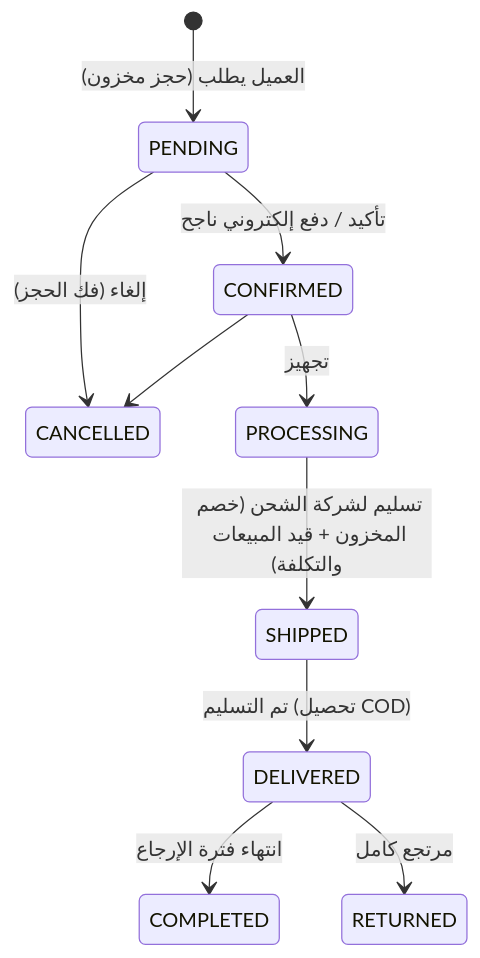
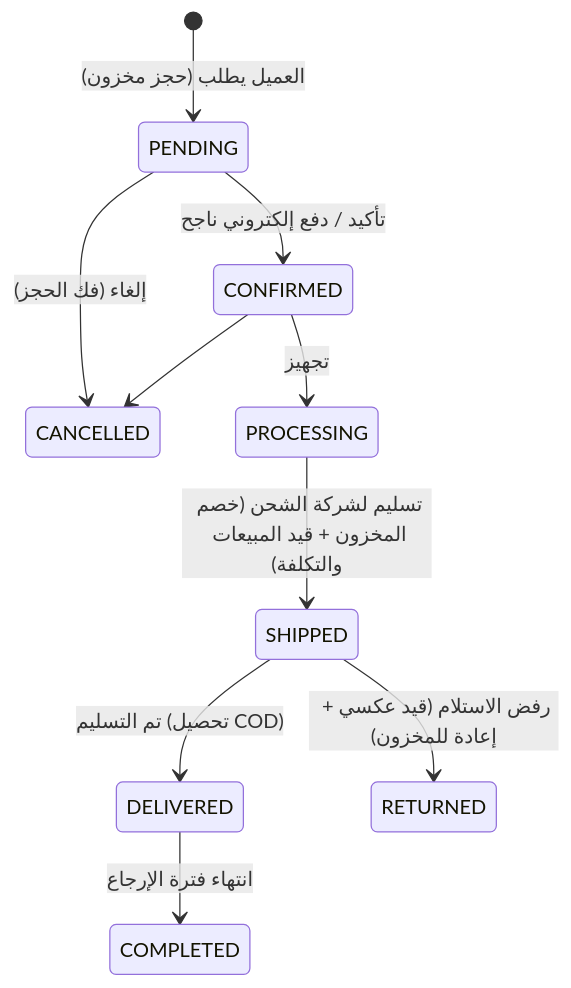
The second of 2 diagrams in docs/DATABASE_SCHEMA.md (mohammed1elfiky-svg/Dejavu-brand), drawn with Mermaid before and after one commit. The commit also changed other lines of this file and 42 other files, not shown here.

````diff
--- a/docs/DATABASE_SCHEMA.md
+++ b/docs/DATABASE_SCHEMA.md
@@ -127,12 +143,12 @@
 ```mermaid
 stateDiagram-v2
     [*] --> PENDING: العميل يطلب (حجز مخزون)
     PENDING --> CONFIRMED: تأكيد / دفع إلكتروني ناجح
     PENDING --> CANCELLED: إلغاء (فك الحجز)
     CONFIRMED --> PROCESSING: تجهيز
     PROCESSING --> SHIPPED: تسليم لشركة الشحن (خصم المخزون + قيد المبيعات والتكلفة)
     SHIPPED --> DELIVERED: تم التسليم (تحصيل COD)
+    SHIPPED --> RETURNED: رفض الاستلام (قيد عكسي + إعادة للمخزون)
     DELIVERED --> COMPLETED: انتهاء فترة الإرجاع
-    DELIVERED --> RETURNED: مرتجع كامل
     CONFIRMED --> CANCELLED
 ```
````
